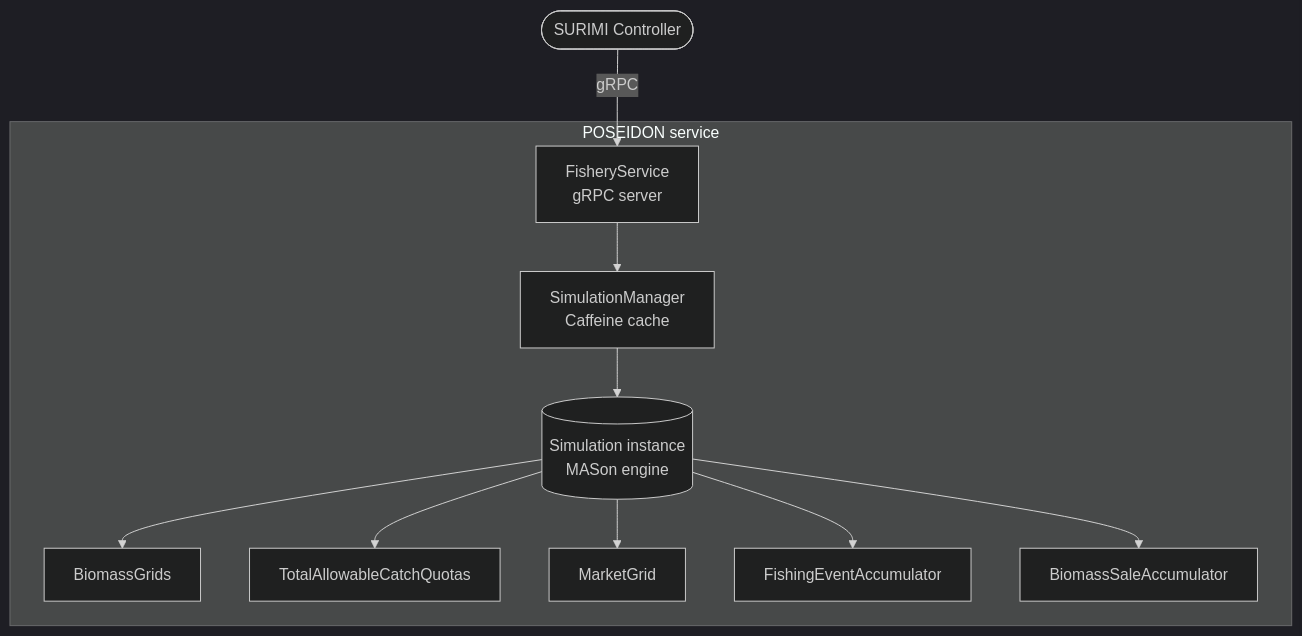
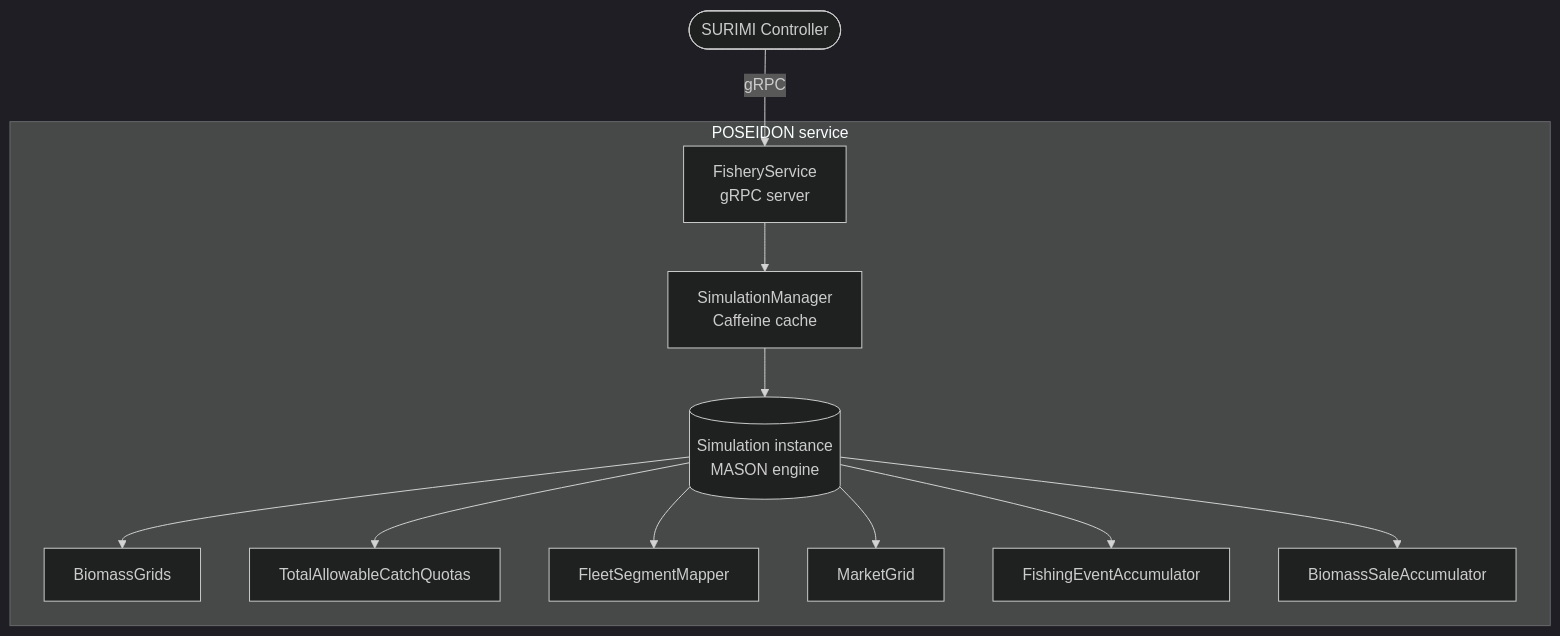
The first of 2 diagrams in POSEIDON_architecture.md (SURIMI-Project/SURIMI-POSEIDON), drawn with Mermaid (dark theme) before and after one commit. The commit also changed other lines of this file, not shown here.

First line of the commit message:
Update POSEIDON_architecture.md to match the code

````diff
--- a/POSEIDON_architecture.md
+++ b/POSEIDON_architecture.md
@@ -127,24 +154,26 @@
 ```mermaid
 flowchart TD
     CTRL([SURIMI Controller])
 
     subgraph POSEIDON service
         GS[FisheryService\ngRPC server]
         SM[SimulationManager\nCaffeine cache]
-        SIM[(Simulation instance\nMASon engine)]
+        SIM[(Simulation instance\nMASON engine)]
         BG[BiomassGrids]
         TAC[TotalAllowableCatchQuotas]
+        FSM[FleetSegmentMapper]
         MKT[MarketGrid]
         ACC1[FishingEventAccumulator]
         ACC2[BiomassSaleAccumulator]
     end
 
     CTRL -- gRPC --> GS
     GS --> SM
     SM --> SIM
     SIM --> BG
     SIM --> TAC
+    SIM --> FSM
     SIM --> MKT
     SIM --> ACC1
     SIM --> ACC2
 ```
````
